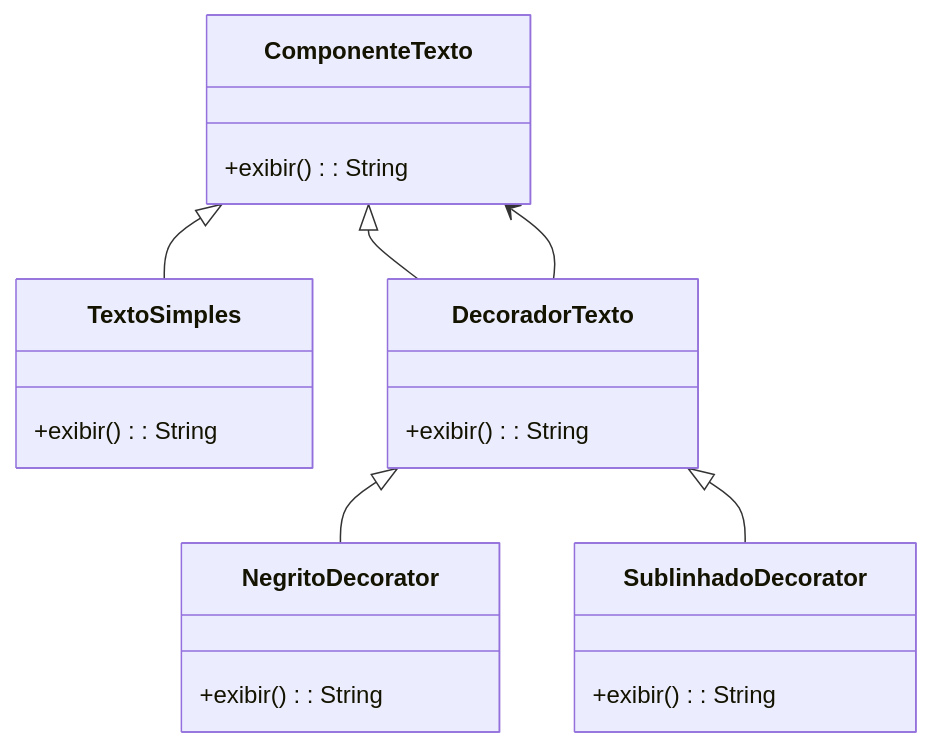
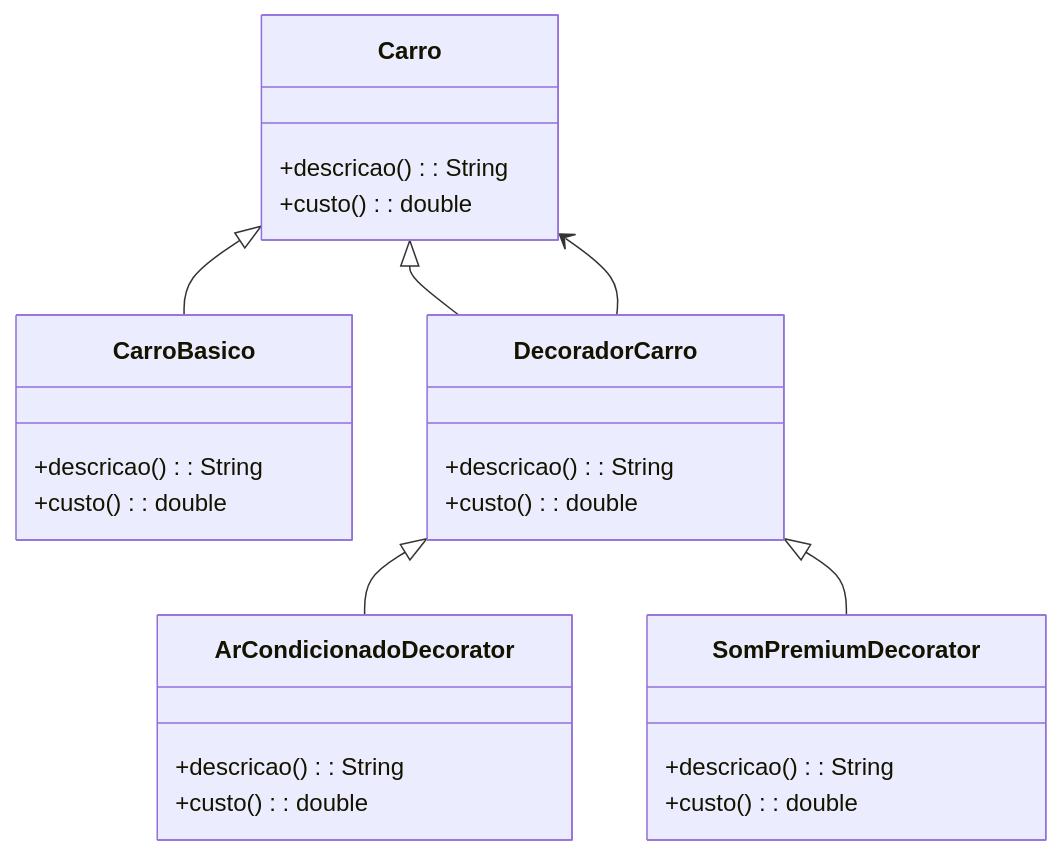
One commit to 20242-ifba-saj-ads-ppr/seminario-ppr-estrutural-decorator-abstractfactory changed the diagram in README.md. Above: the diagram before and after it, drawn with Mermaid. The commit also changed other lines of this file, not shown here.

````diff
--- a/README.md
+++ b/README.md
@@ -11,24 +12,29 @@
 ```mermaid
 classDiagram
-    class ComponenteTexto {
-        +exibir(): String
+    class Carro {
+        +descricao(): String
+        +custo(): double
     }
-    class TextoSimples {
-        +exibir(): String
+    class CarroBasico {
+        +descricao(): String
+        +custo(): double
     }
-    class DecoradorTexto {
-        +exibir(): String
+    class DecoradorCarro {
+        +descricao(): String
+        +custo(): double
     }
-    class NegritoDecorator {
-        +exibir(): String
+    class ArCondicionadoDecorator {
+        +descricao(): String
+        +custo(): double
     }
-    class SublinhadoDecorator {
-        +exibir(): String
+    class SomPremiumDecorator {
+        +descricao(): String
+        +custo(): double
     }
     
-    ComponenteTexto <|-- TextoSimples
-    ComponenteTexto <|-- DecoradorTexto
-    DecoradorTexto <|-- NegritoDecorator
-    DecoradorTexto <|-- SublinhadoDecorator
-    DecoradorTexto --> ComponenteTexto
+    Carro <|-- CarroBasico
+    Carro <|-- DecoradorCarro
+    DecoradorCarro <|-- ArCondicionadoDecorator
+    DecoradorCarro <|-- SomPremiumDecorator
+    DecoradorCarro --> Carro
 ```
````
